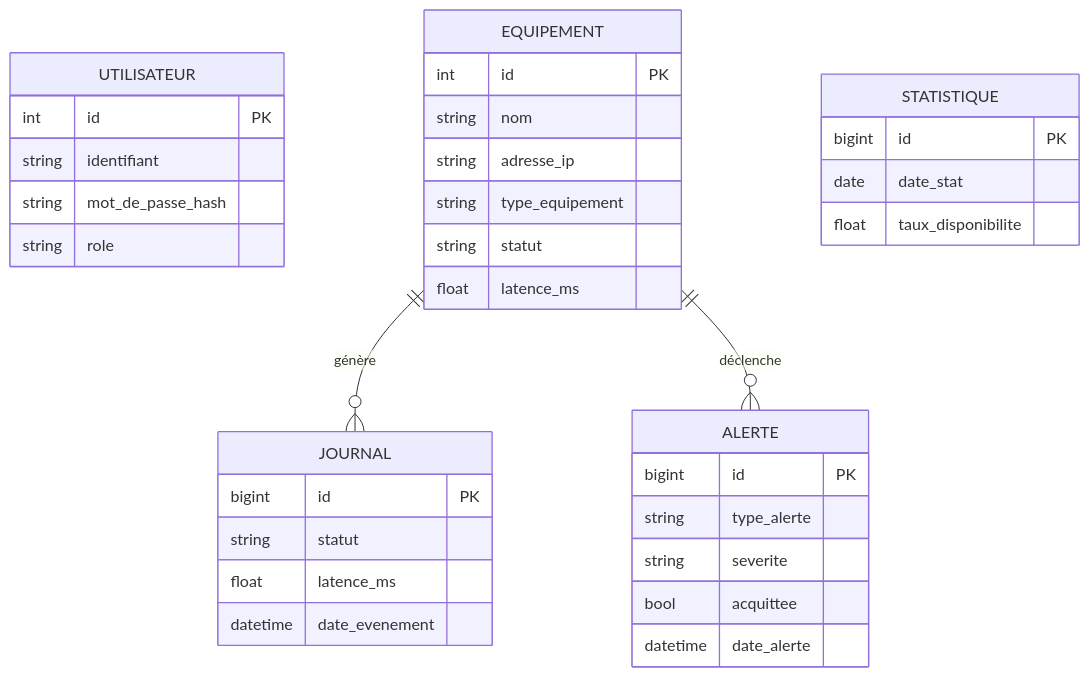
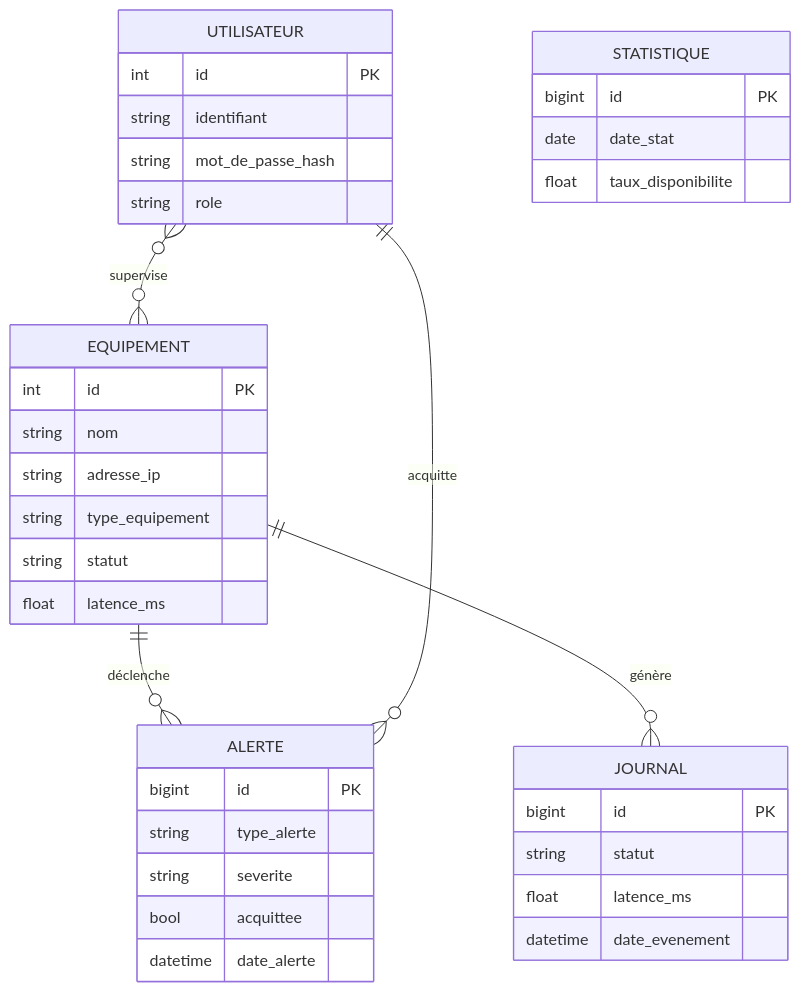
One commit to esperanceykouassi-bit/Supervision-reseau changed the diagram in database/mcd-mld.md. Above: the diagram before and after it, drawn with Mermaid. The commit also changed other lines of this file and 14 other files, not shown here.

First line of the commit message:
Ajout de la relation UTILISATEUR <-> EQUIPEMENT (et UTILISATEUR acquitte ALERTE)

````diff
--- a/database/mcd-mld.md
+++ b/database/mcd-mld.md
@@ -15,38 +15,40 @@
 ```mermaid
 erDiagram
     UTILISATEUR {
         int id PK
         string identifiant
         string mot_de_passe_hash
         string role
     }
     EQUIPEMENT {
         int id PK
         string nom
         string adresse_ip
         string type_equipement
         string statut
         float latence_ms
     }
     JOURNAL {
         bigint id PK
         string statut
         float latence_ms
         datetime date_evenement
     }
     ALERTE {
         bigint id PK
         string type_alerte
         string severite
         bool acquittee
         datetime date_alerte
     }
     STATISTIQUE {
         bigint id PK
         date date_stat
         float taux_disponibilite
     }
 
     EQUIPEMENT ||--o{ JOURNAL : "génère"
     EQUIPEMENT ||--o{ ALERTE : "déclenche"
+    UTILISATEUR ||--o{ ALERTE : "acquitte"
+    UTILISATEUR }o--o{ EQUIPEMENT : "supervise"
 ```
````
